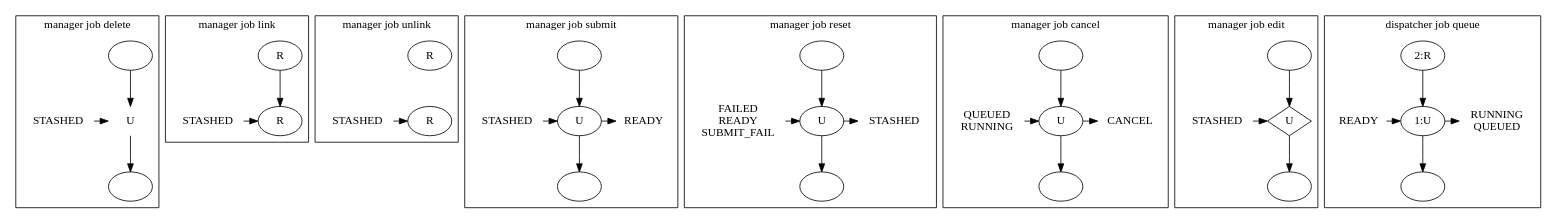
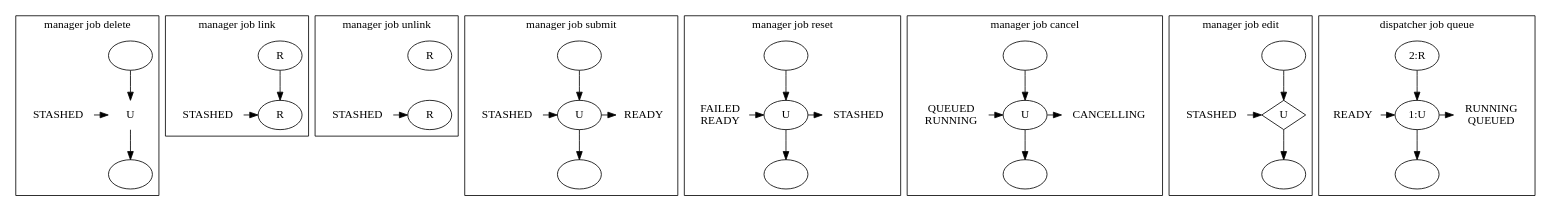
One commit to ptallada/brownthrower changed the diagram in brownthrower/doc/manager_job_transitions.dot. Above: the diagram before and after it, drawn with Graphviz. The commit also changed 4 other files, not shown here.

```diff
--- a/brownthrower/doc/manager_job_transitions.dot
+++ b/brownthrower/doc/manager_job_transitions.dot
@@ -1,100 +1,100 @@
 digraph manager_job_transitions {
     
     subgraph cluster_1 {
         label = "manager job delete";
         A_PARENT  [label=""];
         A_CHILD   [label=""];
         { rank="same";
         A_STASHED [label="STASHED", shape="plaintext"];
         A_JOB     [label="U", shape="plaintext"];
         }
         A_PARENT -> A_JOB -> A_CHILD;
         A_STASHED -> A_JOB;
     }
     
     subgraph cluster_2 {
         label = "manager job link";
         B_PARENT  [label="R"];
         { rank="same";
         B_CHILD   [label="R"];
         B_STASHED [label="STASHED", shape="plaintext"];
         }
         B_PARENT -> B_CHILD;
         B_STASHED -> B_CHILD;
     }
     
     subgraph cluster_3 {
         label = "manager job unlink";
         C_PARENT  [label="R"];
         { rank="same";
         C_CHILD   [label="R"];
         C_STASHED [label="STASHED", shape="plaintext"];
         }
         C_PARENT -> C_CHILD [style="invis"];
         C_STASHED -> C_CHILD;
     }
     
     subgraph cluster_4 {
         label = "manager job submit";
         D_PARENT  [label=""];
         D_CHILD   [label=""];
         { rank="same";
         D_JOB     [label="U"];
         D_STASHED [label="STASHED", shape="plaintext"];
         D_READY   [label="READY",   shape="plaintext"];
         }
         D_PARENT -> D_JOB -> D_CHILD;
         D_STASHED -> D_JOB -> D_READY;
     }
     
     subgraph cluster_5 {
         label = "manager job reset";
         E_PARENT  [label=""];
         E_CHILD   [label=""];
         { rank="same";
         E_JOB     [label="U"];
-        E_STATUS  [label="FAILED\nREADY\nSUBMIT_FAIL", shape="plaintext"];
-        E_STASHED [label="STASHED",                    shape="plaintext"];
+        E_STATUS  [label="FAILED\nREADY", shape="plaintext"];
+        E_STASHED [label="STASHED",       shape="plaintext"];
         }
         E_PARENT -> E_JOB -> E_CHILD;
         E_STATUS -> E_JOB -> E_STASHED;
     }
     
     subgraph cluster_6 {
         label = "manager job cancel";
         F_PARENT  [label=""];
         F_CHILD   [label=""];
         { rank="same";
         F_JOB    [label="U"];
         F_STATUS [label="QUEUED\nRUNNING", shape="plaintext"];
-        F_CANCEL [label="CANCEL",          shape="plaintext"];
+        F_CANCEL [label="CANCELLING",      shape="plaintext"];
         }
         F_PARENT -> F_JOB -> F_CHILD;
         F_STATUS -> F_JOB -> F_CANCEL;
     }
     
     subgraph cluster_7 {
         label = "manager job edit";
         G_PARENT  [label=""];
         G_CHILD   [label=""];
         { rank="same";
         G_JOB     [label="U",       shape="diamond"];
         G_STASHED [label="STASHED", shape="plaintext"];
         }
         G_PARENT -> G_JOB -> G_CHILD;
         G_STASHED -> G_JOB;
     }
     
     subgraph cluster_8 {
         label = "dispatcher job queue";
         H_PARENT  [label="2:R"];
         H_CHILD   [label=""];
         { rank="same";
         H_JOB    [label="1:U"];
         H_READY  [label="READY",  shape="plaintext"];
         H_STATUS [label="RUNNING\nQUEUED", shape="plaintext"];
         }
         H_PARENT -> H_JOB -> H_CHILD;
         H_READY -> H_JOB -> H_STATUS;
     }
 }
```
